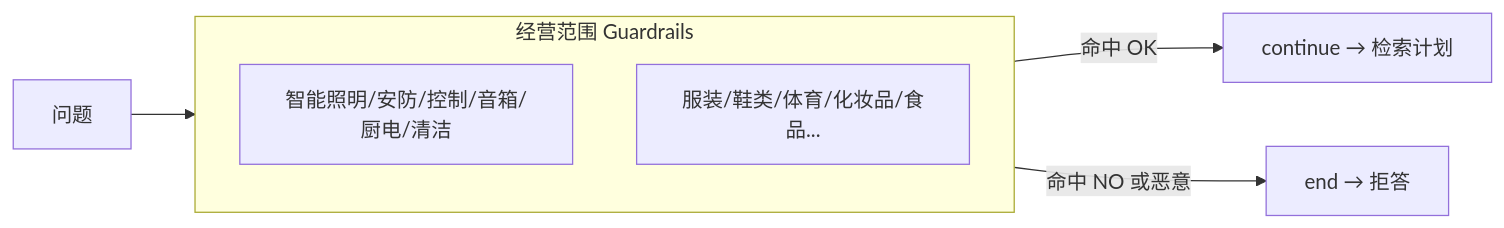
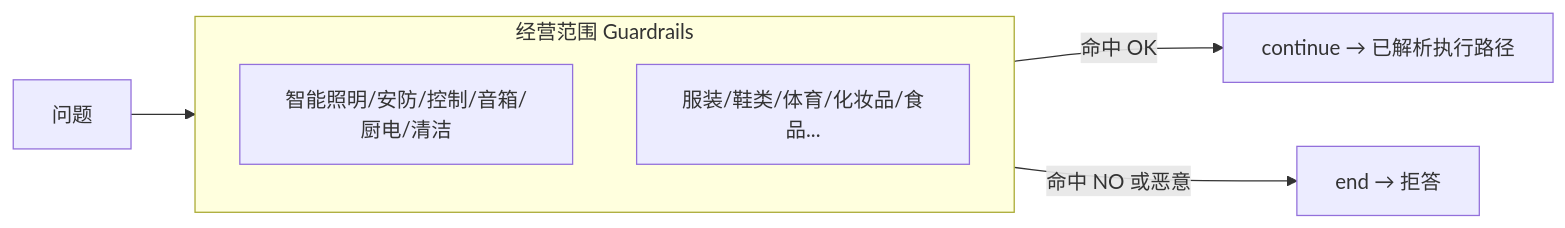
One commit to bitladykiller/- changed diagram 11 of 36 in docs/modules/00-全流程图集.md. Above: the diagram before and after it, drawn with Mermaid. The commit also changed other lines of this file and 19 other files, not shown here.

````diff
--- a/docs/modules/00-全流程图集.md
+++ b/docs/modules/00-全流程图集.md
@@ -459,10 +453,10 @@
 ```mermaid
 flowchart LR
     subgraph Scope["经营范围 Guardrails"]
         OK[智能照明/安防/控制/音箱/厨电/清洁]
         NO[服装/鞋类/体育/化妆品/食品...]
     end
     Q2[问题] --> Scope
-    Scope -->|命中 OK| CONT[continue → 检索计划]
+    Scope -->|命中 OK| CONT[continue → 已解析执行路径]
     Scope -->|命中 NO 或恶意| ENDX[end → 拒答]
 ```
````
